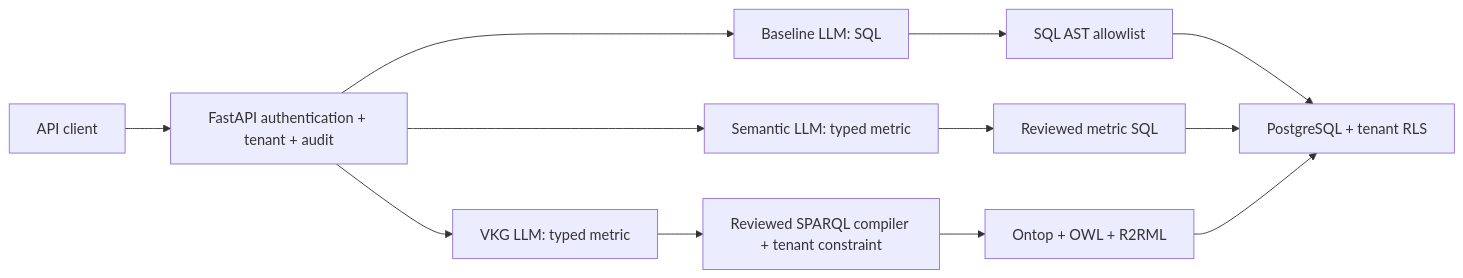
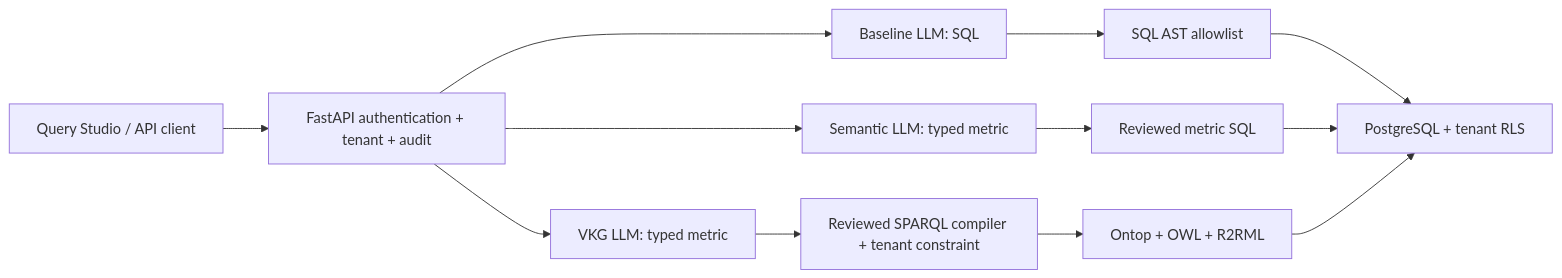
One commit to akkhil2012/GovernedText2SQLRepo changed the diagram in docs/architecture.md. Above: the diagram before and after it, drawn with Mermaid. The commit also changed other lines of this file and 14 other files, not shown here.

Commit message:
Add Query Studio dashboard with semantic RAG and execution comparisons

````diff
--- a/docs/architecture.md
+++ b/docs/architecture.md
@@ -3,14 +3,14 @@
 ```mermaid
 flowchart LR
-  U[API client] --> A[FastAPI authentication + tenant + audit]
+  U[Query Studio / API client] --> A[FastAPI authentication + tenant + audit]
   A --> B[Baseline LLM: SQL]
   A --> S[Semantic LLM: typed metric]
   A --> V[VKG LLM: typed metric]
   B --> G[SQL AST allowlist]
   G --> P[PostgreSQL + tenant RLS]
   S --> C[Reviewed metric SQL]
   C --> P
   V --> Q[Reviewed SPARQL compiler + tenant constraint]
   Q --> O[Ontop + OWL + R2RML]
   O --> P
 ```
````
